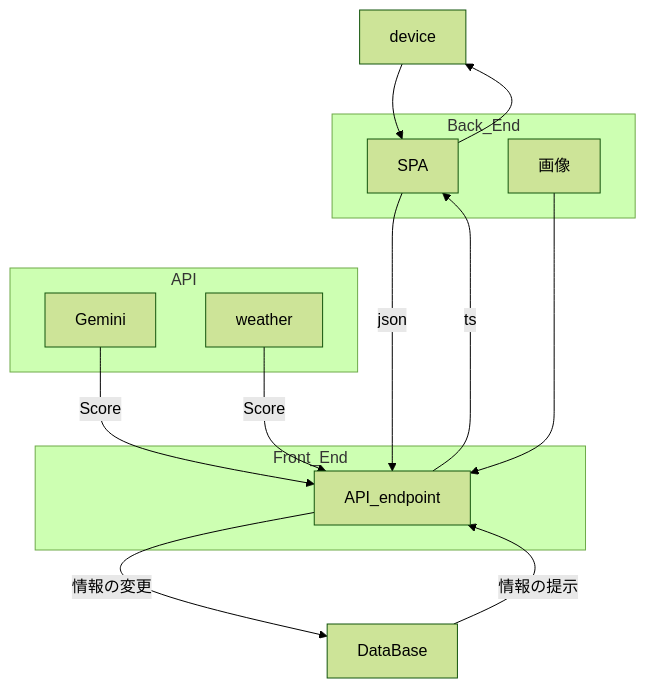
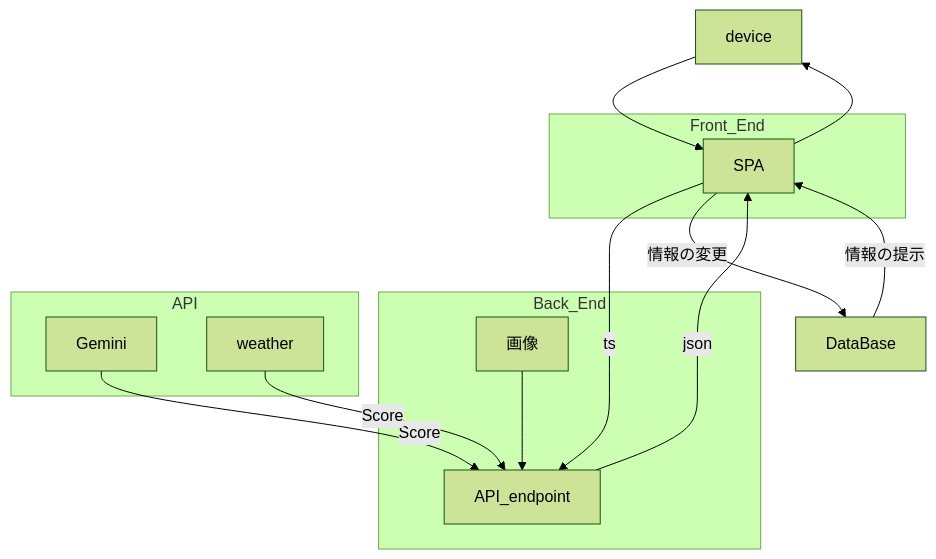
One commit to kazuma04180819-eng/AI- changed the diagram in dasu.md. Above: the diagram before and after it, drawn with Mermaid (forest theme).

Commit message:
図の修正

````diff
--- a/dasu.md
+++ b/dasu.md
@@ -30,30 +30,30 @@
 ```mermaid
 graph TD
-  device --> SPA
-  SPA --> device
+  device --> API_
+  API_ --> device
   
   API_ --tsx--> SPA
   SPA --json--> API_
   
-  local --> API_
+  local --> SPA
   
   DataBase --情報の提示--> API_
   API_ --情報の変更--> DataBase
   
-  Gemini --Score--> API_
-  weather --Score--> API_
+  Gemini --Score--> SPA
+  weather --Score--> SPA
   
     subgraph Front_End
-        API_[API_endpoint]
+        API_[SPA]
     end
 
     subgraph "Back_End"
-        SPA[SPA]
+        SPA[API_endpoint]
         local[画像]
     end
 
 		subgraph "API"
 				weather[weather]
 				Gemini[Gemini]
 		end
 ```
````
